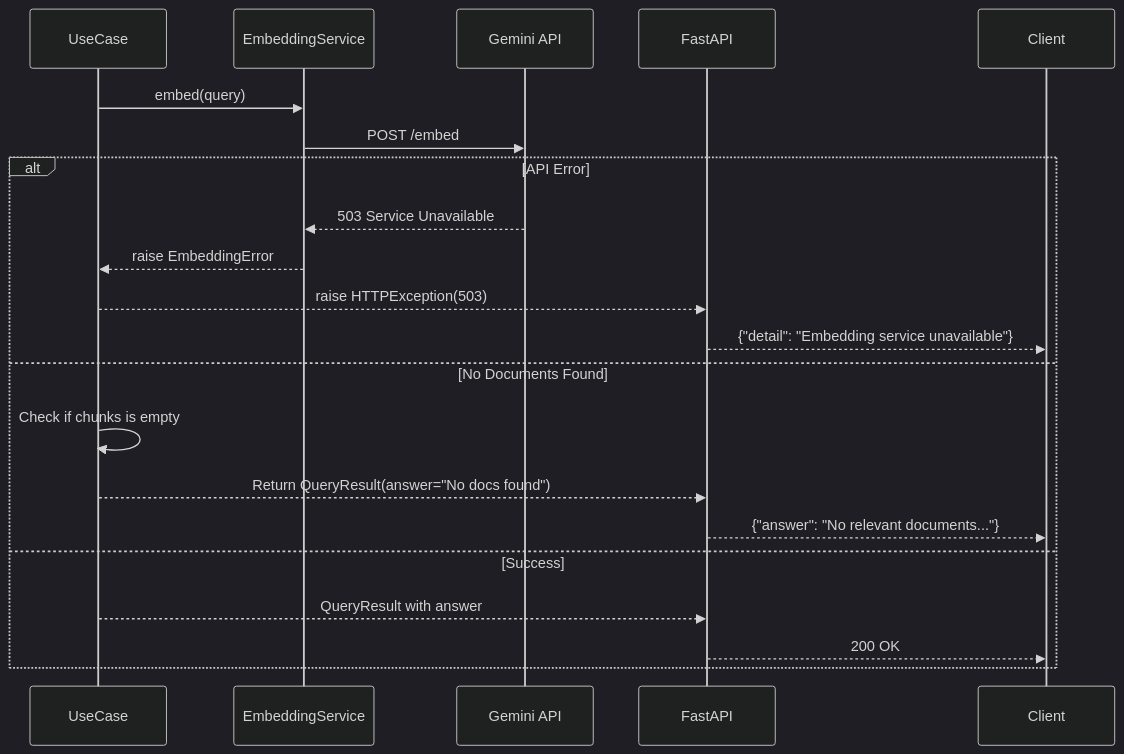
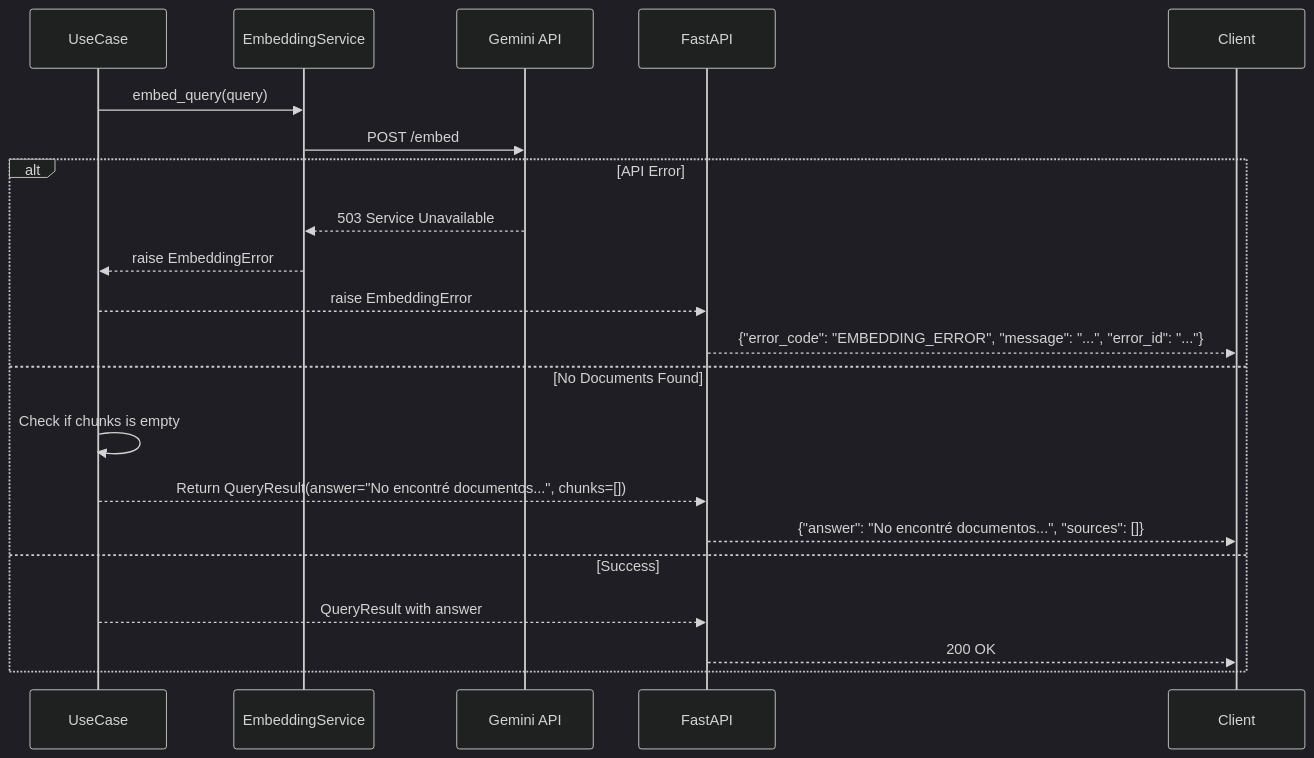
Before and after one commit to SaintWyss/rag-corp: the second of 3 diagrams in doc/diagrams/sequence-rag-flow.md, drawn with Mermaid (dark theme). The commit also changed other lines of this file and 34 other files, not shown here.

````diff
--- a/doc/diagrams/sequence-rag-flow.md
+++ b/doc/diagrams/sequence-rag-flow.md
@@ -347,24 +346,24 @@
 ```mermaid
 sequenceDiagram
     participant UseCase
     participant EmbedSvc as EmbeddingService
     participant Gemini as Gemini API
     participant FastAPI
 
-    UseCase->>EmbedSvc: embed(query)
+    UseCase->>EmbedSvc: embed_query(query)
     EmbedSvc->>Gemini: POST /embed
     
     alt API Error
         Gemini-->>EmbedSvc: 503 Service Unavailable
         EmbedSvc-->>UseCase: raise EmbeddingError
-        UseCase-->>FastAPI: raise HTTPException(503)
-        FastAPI-->>Client: {"detail": "Embedding service unavailable"}
+        UseCase-->>FastAPI: raise EmbeddingError
+        FastAPI-->>Client: {"error_code": "EMBEDDING_ERROR", "message": "...", "error_id": "..."}
     else No Documents Found
         UseCase->>UseCase: Check if chunks is empty
-        UseCase-->>FastAPI: Return QueryResult(answer="No docs found")
-        FastAPI-->>Client: {"answer": "No relevant documents..."}
+        UseCase-->>FastAPI: Return QueryResult(answer="No encontré documentos...", chunks=[])
+        FastAPI-->>Client: {"answer": "No encontré documentos...", "sources": []}
     else Success
         UseCase-->>FastAPI: QueryResult with answer
         FastAPI-->>Client: 200 OK
     end
 ```
````
